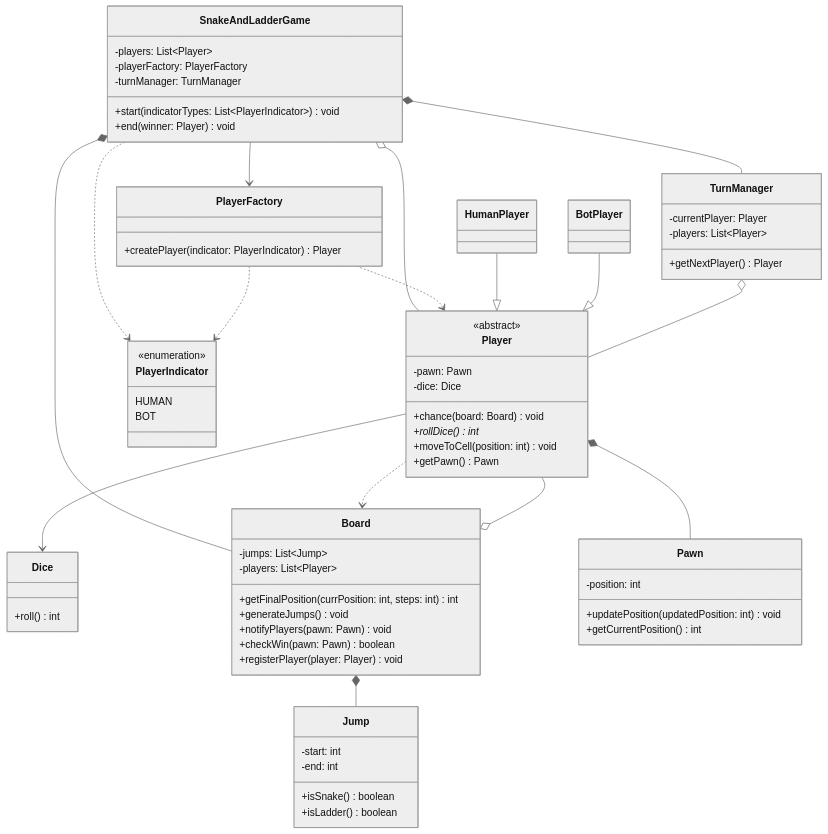
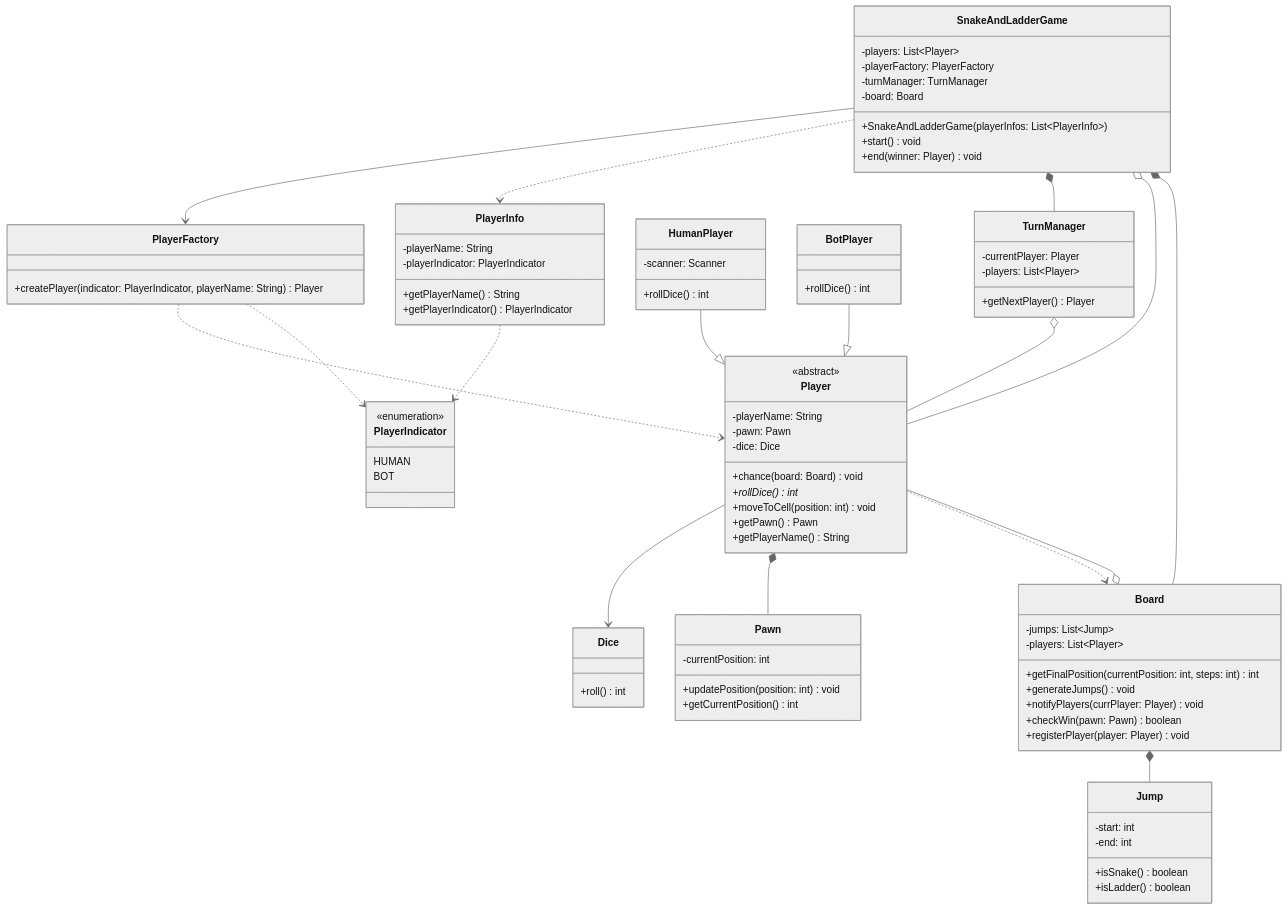
The first of 3 diagrams in src/main/java/com/lld/problems/snakeandladder/notes/notes.md (Anuj-Gupta79/lld-mastery), drawn with Mermaid (neutral theme) before and after one commit. The commit also changed other lines of this file and 17 other files, not shown here.

Commit message:
Problem: Snaker and Ladder game code completed

```diff
--- a/src/main/java/com/lld/problems/snakeandladder/notes/notes.md
+++ b/src/main/java/com/lld/problems/snakeandladder/notes/notes.md
@@ -64,26 +85,42 @@
         -players: List~Player~
         -playerFactory: PlayerFactory
         -turnManager: TurnManager
-        +start(indicatorTypes: List~PlayerIndicator~) void
+        -board: Board
+        +SnakeAndLadderGame(playerInfos: List~PlayerInfo~)
+        +start() void
         +end(winner: Player) void
     }
 
+    class PlayerInfo {
+        -playerName: String
+        -playerIndicator: PlayerIndicator
+        +getPlayerName() String
+        +getPlayerIndicator() PlayerIndicator
+    }
+
     class PlayerFactory {
-        +createPlayer(indicator: PlayerIndicator) Player
+        +createPlayer(indicator: PlayerIndicator, playerName: String) Player
     }
 
     class Player {
         <<abstract>>
+        -playerName: String
         -pawn: Pawn
         -dice: Dice
         +chance(board: Board) void
         +rollDice()* int
         +moveToCell(position: int) void
         +getPawn() Pawn
+        +getPlayerName() String
     }
 
-    class HumanPlayer
-    class BotPlayer
+    class HumanPlayer {
+        -scanner: Scanner
+        +rollDice() int
+    }
+    class BotPlayer {
+        +rollDice() int
+    }
 
     class Dice {
         +roll() int
@@ -92,9 +129,9 @@
     class Board {
         -jumps: List~Jump~
         -players: List~Player~
-        +getFinalPosition(currPosition: int, steps: int) int
+        +getFinalPosition(currentPosition: int, steps: int) int
         +generateJumps() void
-        +notifyPlayers(pawn: Pawn) void
+        +notifyPlayers(currPlayer: Player) void
         +checkWin(pawn: Pawn) boolean
         +registerPlayer(player: Player) void
     }
@@ -113,8 +150,8 @@
     }
 
     class Pawn {
-        -position: int
-        +updatePosition(updatedPosition: int) void
+        -currentPosition: int
+        +updatePosition(position: int) void
         +getCurrentPosition() int
     }
 
@@ -125,12 +162,13 @@
     }
 
     SnakeAndLadderGame --> PlayerFactory
-    SnakeAndLadderGame ..> PlayerIndicator
+    SnakeAndLadderGame ..> PlayerInfo
     SnakeAndLadderGame *-- TurnManager
     SnakeAndLadderGame o-- Player
     SnakeAndLadderGame *-- Board
     PlayerFactory ..> Player
     PlayerFactory ..> PlayerIndicator
+    PlayerInfo ..> PlayerIndicator
     HumanPlayer --|> Player
     BotPlayer --|> Player
     Board *-- Jump
```
